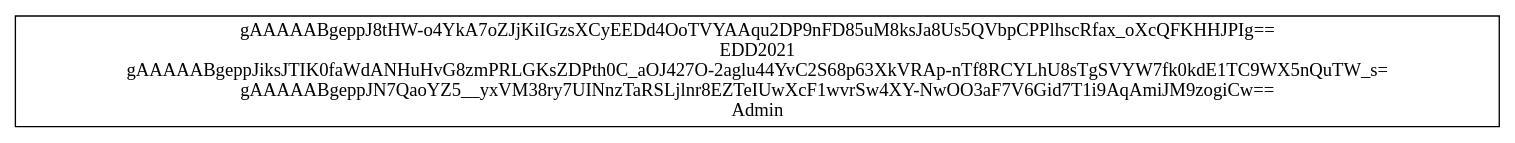
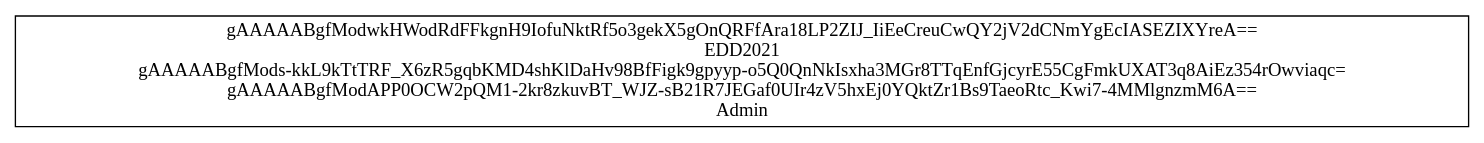
One commit to Villa01/EDD_VirtualMall_201900907 changed the diagram in Backend/reportesDot/ArbolBEncriptadoSensible.dot. Above: the diagram before and after it, drawn with Graphviz. The commit also changed 23 other files, not shown here.

```diff
--- a/Backend/reportesDot/ArbolBEncriptadoSensible.dot
+++ b/Backend/reportesDot/ArbolBEncriptadoSensible.dot
@@ -1,5 +1,5 @@
 digraph grafo { 
 	node[shape="record"]
-nodo1234567890101[label = "gAAAAABgeppJ8tHW-o4YkA7oZJjKiIGzsXCyEEDd4OoTVYAAqu2DP9nFD85uM8ksJa8Us5QVbpCPPlhscRfax_oXcQFKHHJPIg==\nEDD2021\ngAAAAABgeppJiksJTIK0faWdANHuHvG8zmPRLGKsZDPth0C_aOJ427O-2aglu44YvC2S68p63XkVRAp-nTf8RCYLhU8sTgSVYW7fk0kdE1TC9WX5nQuTW_s=\ngAAAAABgeppJN7QaoYZ5__yxVM38ry7UINnzTaRSLjlnr8EZTeIUwXcF1wvrSw4XY-NwOO3aF7V6Gid7T1i9AqAmiJM9zogiCw==\nAdmin"];
+nodo1234567890101[label = "gAAAAABgfModwkHWodRdFFkgnH9IofuNktRf5o3gekX5gOnQRFfAra18LP2ZIJ_IiEeCreuCwQY2jV2dCNmYgEcIASEZIXYreA==\nEDD2021\ngAAAAABgfMods-kkL9kTtTRF_X6zR5gqbKMD4shKlDaHv98BfFigk9gpyyp-o5Q0QnNkIsxha3MGr8TTqEnfGjcyrE55CgFmkUXAT3q8AiEz354rOwviaqc=\ngAAAAABgfModAPP0OCW2pQM1-2kr8zkuvBT_WJZ-sB21R7JEGaf0UIr4zV5hxEj0YQktZr1Bs9TaeoRtc_Kwi7-4MMlgnzmM6A==\nAdmin"];
 
 }
```
